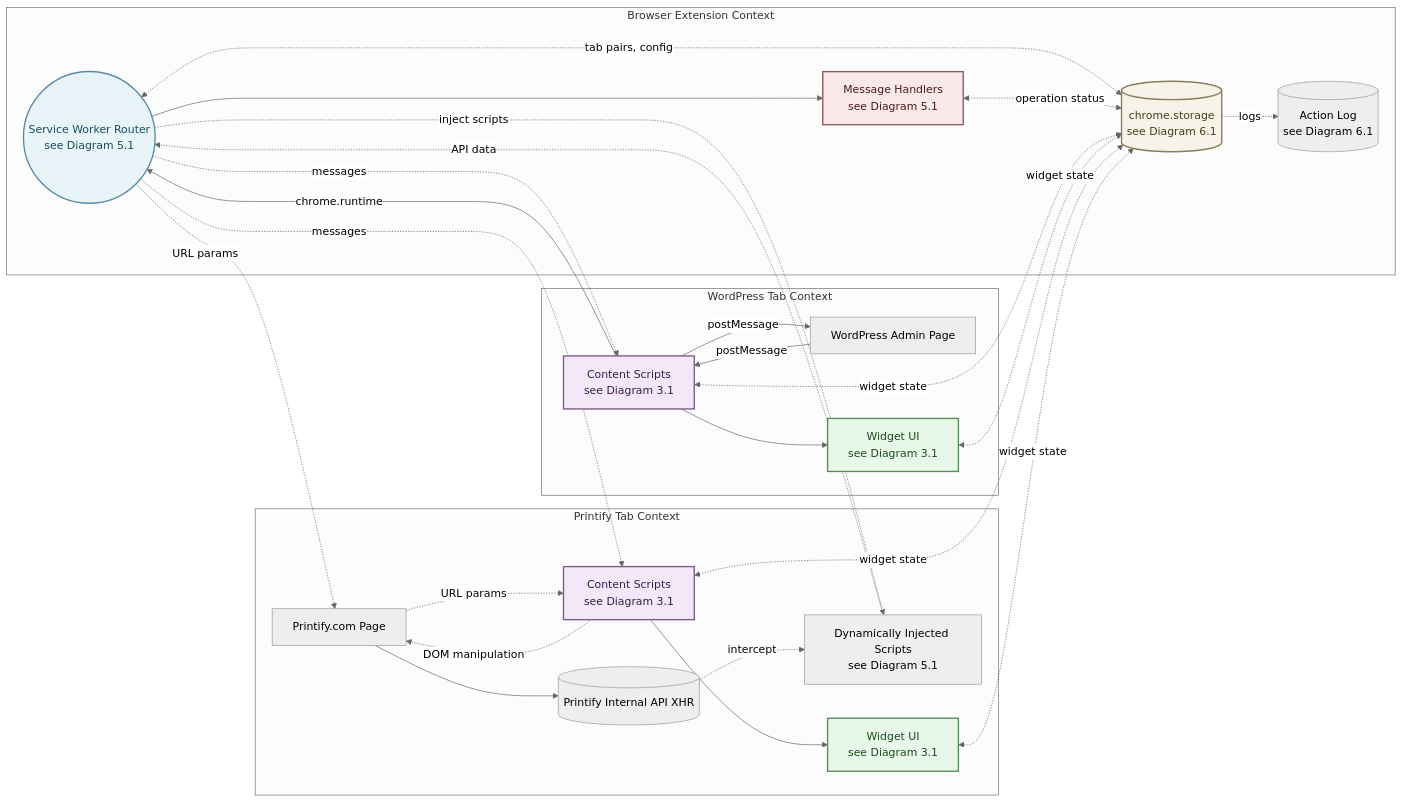
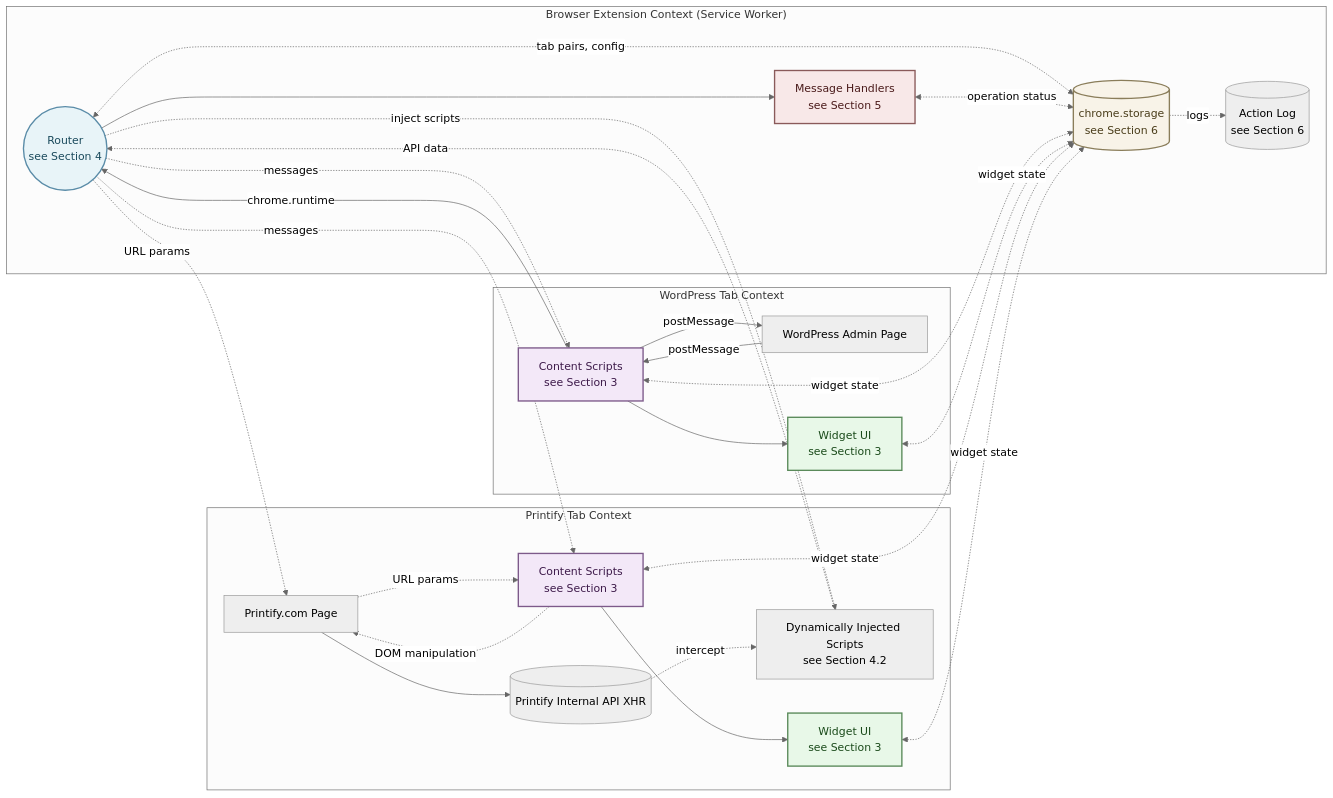
The first of 9 diagrams in guidelines/sip-printify-manager-extension-guidelines-v2.md (tdemelle-SiP/.claude), drawn with Mermaid (neutral theme) before and after one commit. The commit also changed other lines of this file and 1 other file, not shown here.

````diff
--- a/guidelines/sip-printify-manager-extension-guidelines-v2.md
+++ b/guidelines/sip-printify-manager-extension-guidelines-v2.md
@@ -41,54 +44,54 @@
 ```mermaid
 graph LR
-  subgraph "Browser Extension Context"
-    Router((Service Worker Router<br/>see Diagram 5.1))
-    Router <-. tab pairs, config .-> Storage[(chrome.storage<br/>see Diagram 6.1)]
+  subgraph "Browser Extension Context (Service Worker)"
+    Router((Router<br/>see Section 4))
+    Router <-. tab pairs, config .-> Storage[(chrome.storage<br/>see Section 6)]
     Handlers <-. operation status .-> Storage
-    Router --> Handlers[Message Handlers<br/>see Diagram 5.1]
-    Storage -. logs .-> Logger[(Action Log<br/>see Diagram 6.1)]
+    Router --> Handlers[Message Handlers<br/>see Section 5]
+    Storage -. logs .-> Logger[(Action Log<br/>see Section 6)]
   end
 
   subgraph "WordPress Tab Context"
     WPPage[WordPress Admin Page]
-    WPCS[Content Scripts<br/>see Diagram 3.1]
-    WPCS --> WUI1[Widget UI<br/>see Diagram 3.1]
+    WPCS[Content Scripts<br/>see Section 3]
+    WPCS --> WUI1[Widget UI<br/>see Section 3]
     WPCS -->|postMessage| WPPage
     WPPage -->|postMessage| WPCS
     WPCS -->|chrome.runtime| Router
     WPCS <-. widget state .-> Storage
     WUI1 <-. widget state .-> Storage
   end
 
   subgraph "Printify Tab Context"
     PrintifyPage[Printify.com Page]
-    PCS[Content Scripts<br/>see Diagram 3.1]
-    PCS --> WUI2[Widget UI<br/>see Diagram 3.1]
-    DIS[Dynamically Injected Scripts<br/>see Diagram 5.1]
+    PCS[Content Scripts<br/>see Section 3]
+    PCS --> WUI2[Widget UI<br/>see Section 3]
+    DIS[Dynamically Injected Scripts<br/>see Section 4.2]
     InternalAPI[(Printify Internal API XHR)]
     PrintifyPage --> InternalAPI
     InternalAPI -. intercept .-> DIS
     PrintifyPage -. URL params .-> PCS
     PCS -. DOM manipulation .-> PrintifyPage
     PCS <-. widget state .-> Storage
     WUI2 <-. widget state .-> Storage
     DIS -. API data .-> Router
     Router -. URL params .-> PrintifyPage
     Router -. inject scripts .-> DIS
     Router -.->|messages| PCS
     Router -.->|messages| WPCS
   end
   
   %% Style definitions for main components
   classDef routerStyle fill:#e8f4f8,stroke:#5a8ca8,stroke-width:2px,color:#1a4a5c
   classDef contentStyle fill:#f3e8f8,stroke:#7d5a8a,stroke-width:2px,color:#3d1a4a
   classDef storageStyle fill:#f8f3e8,stroke:#8a7d5a,stroke-width:2px,color:#4a3d1a
   classDef uiStyle fill:#e8f8e8,stroke:#5a8a5a,stroke-width:2px,color:#1a4a1a
   classDef handlerStyle fill:#f8e8e8,stroke:#8a5a5a,stroke-width:2px,color:#4a1a1a
   
   %% Apply styles to nodes
   class Router routerStyle
   class WPCS,PCS contentStyle
   class Storage storageStyle
   class WUI1,WUI2 uiStyle
   class Handlers handlerStyle
 ```
````
